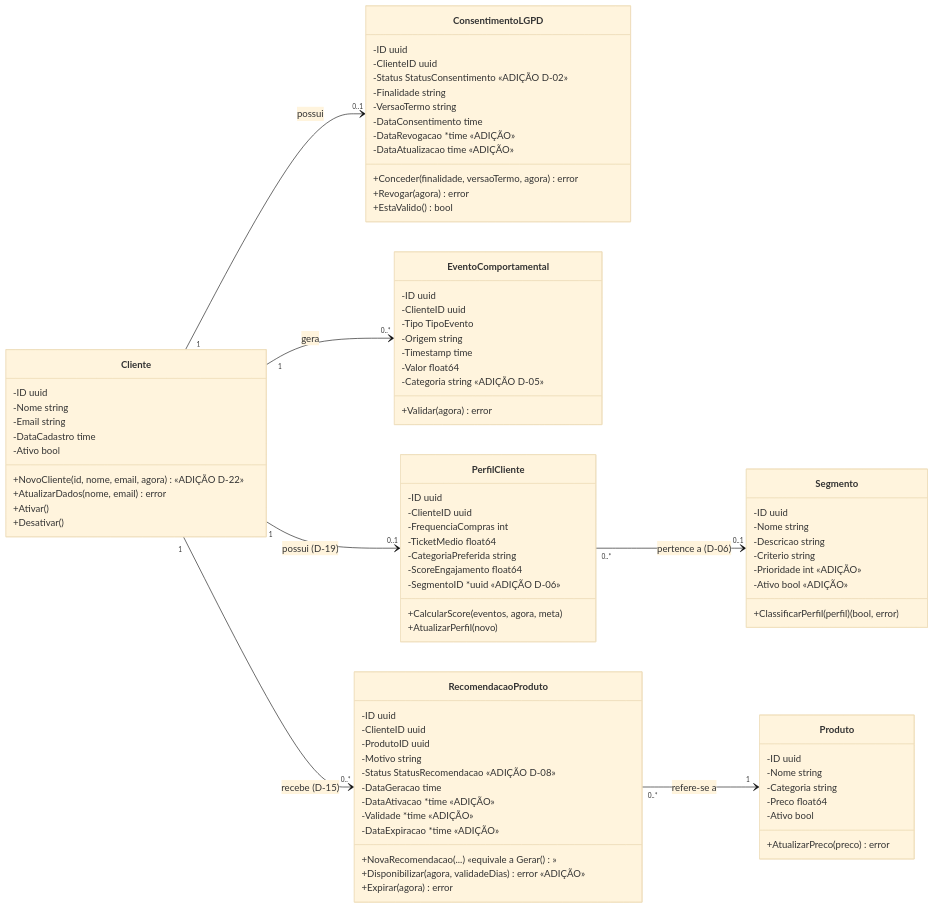
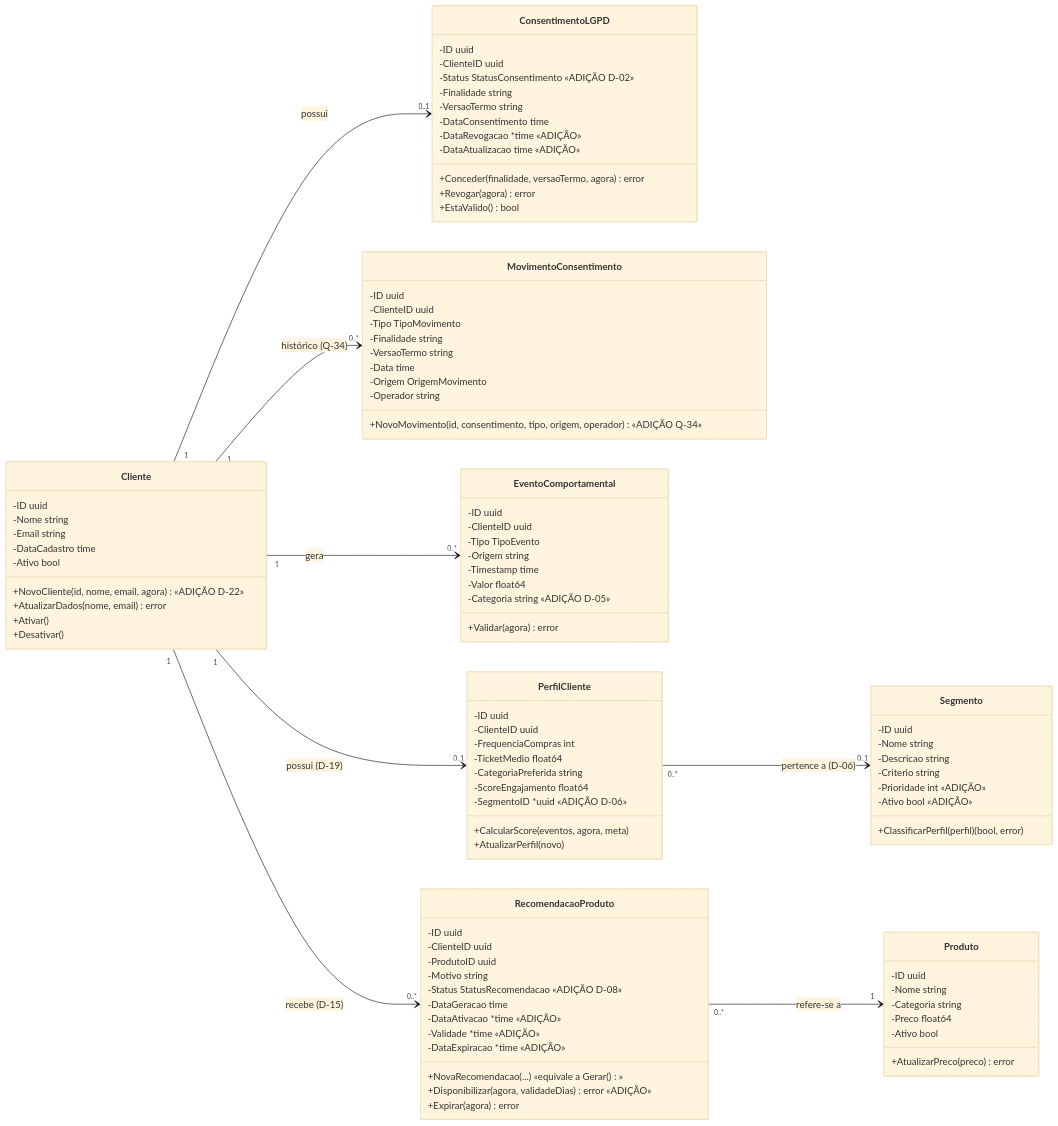
Before and after one commit to sthefanyblima/perfila: the first of 2 diagrams in docs/uml/UML2_classes.md, drawn with Mermaid (base theme). The commit also changed other lines of this file and 15 other files, not shown here.

First line of the commit message:
T-42: Spec v1.4 do histórico do consentimento (Q-34)

```diff
--- a/docs/uml/UML2_classes.md
+++ b/docs/uml/UML2_classes.md
@@ -35,6 +35,17 @@
     +Conceder(finalidade, versaoTermo, agora) error
     +Revogar(agora) error
     +EstaValido() bool
+  }
+  class MovimentoConsentimento {
+    -ID uuid
+    -ClienteID uuid
+    -Tipo TipoMovimento
+    -Finalidade string
+    -VersaoTermo string
+    -Data time
+    -Origem OrigemMovimento
+    -Operador string
+    +NovoMovimento(id, consentimento, tipo, origem, operador) «ADIÇÃO Q-34»
   }
   class EventoComportamental {
     -ID uuid
@@ -90,6 +101,7 @@
   }
 
   Cliente "1" --> "0..1" ConsentimentoLGPD : possui
+  Cliente "1" --> "0..*" MovimentoConsentimento : histórico (Q-34)
   Cliente "1" --> "0..1" PerfilCliente : possui (D-19)
   Cliente "1" --> "0..*" EventoComportamental : gera
   Cliente "1" --> "0..*" RecomendacaoProduto : recebe (D-15)
```
